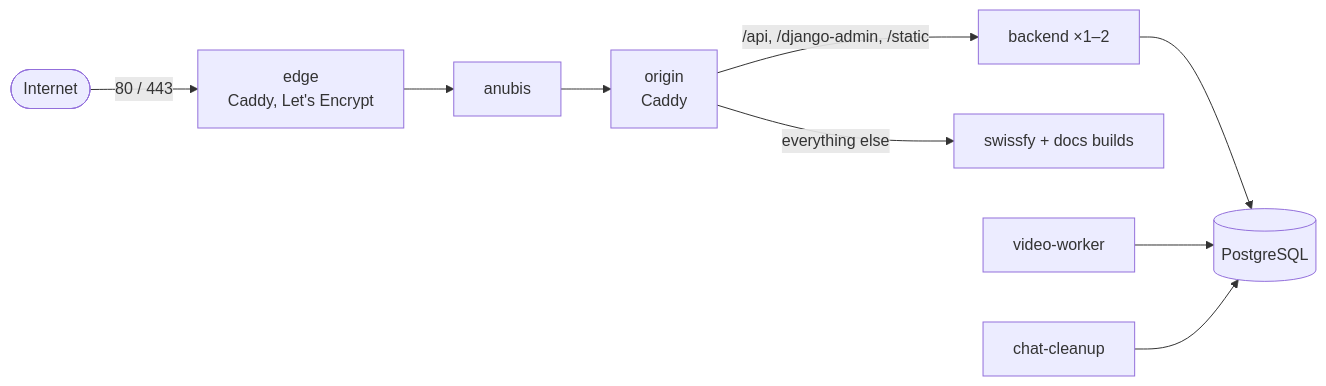
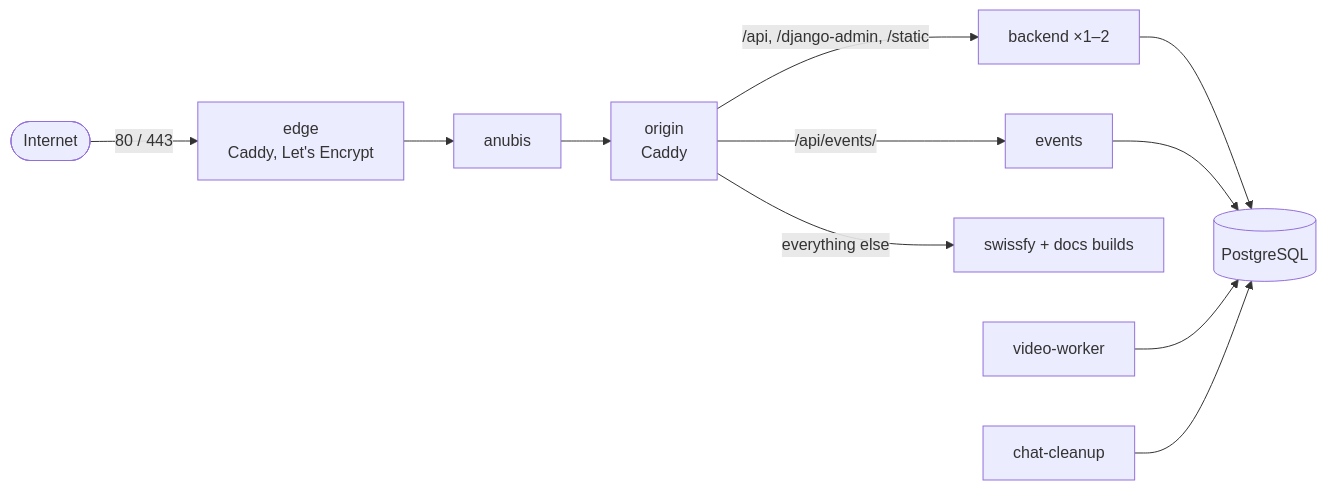
Before and after one commit to buechijonas/swissfy: the fourth of 4 diagrams in README.md, drawn with Mermaid. The commit also changed other lines of this file and 9 other files, not shown here.

````diff
--- a/README.md
+++ b/README.md
@@ -147,9 +182,10 @@
 ```mermaid
 flowchart LR
     internet(["Internet"]) -- "80 / 443" --> edge["edge<br/>Caddy, Let's Encrypt"]
     edge --> anubis["anubis"]
     anubis --> origin["origin<br/>Caddy"]
+    origin -- "/api/events/" --> events["events"]
     origin -- "/api, /django-admin, /static" --> backend["backend ×1–2"]
     origin -- "everything else" --> spa["swissfy + docs builds"]
-    backend & worker["video-worker"] & cleanup["chat-cleanup"] --> db[("PostgreSQL")]
+    backend & events & worker["video-worker"] & cleanup["chat-cleanup"] --> db[("PostgreSQL")]
 ```
````
